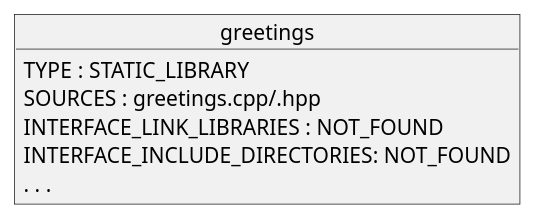
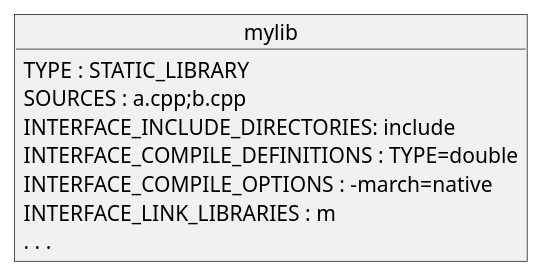
One commit to mredenti/ModernCMake changed the second of 5 diagrams in slides/episodes/targets.md. Above: the diagram before and after it, drawn with PlantUML. The commit also changed other lines of this file, not shown here.

````diff
--- a/slides/episodes/targets.md
+++ b/slides/episodes/targets.md
@@ -191,16 +203,20 @@
 ```plantuml
 top to bottom direction
 
-object greetings{
+object mylib{
     TYPE : STATIC_LIBRARY
-
-    SOURCES : greetings.cpp/.hpp
     
-    INTERFACE_LINK_LIBRARIES : NOT_FOUND
+    SOURCES : a.cpp;b.cpp
     
-    INTERFACE_INCLUDE_DIRECTORIES: NOT_FOUND
+    INTERFACE_INCLUDE_DIRECTORIES: include
+    
+    INTERFACE_COMPILE_DEFINITIONS : TYPE=double
+    
+    INTERFACE_COMPILE_OPTIONS : -march=native
+    
+    INTERFACE_LINK_LIBRARIES : m
     
     . . .
 }
 
 ```
````
